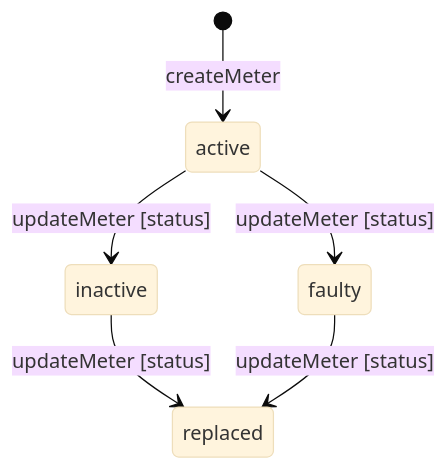
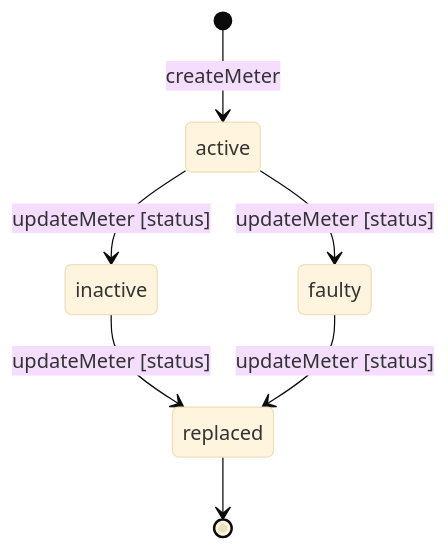
One commit to klong-dev/IntelliServOps changed the fifth of 21 diagrams in documents/state-machine-catalog.md. Above: the diagram before and after it, drawn with Mermaid (base theme). The commit also changed other lines of this file and 8 other files, not shown here.

````diff
--- a/documents/state-machine-catalog.md
+++ b/documents/state-machine-catalog.md
@@ -196,8 +202,9 @@
 ```mermaid
 stateDiagram-v2
     [*] --> active: createMeter
     active --> inactive: updateMeter [status]
     active --> faulty: updateMeter [status]
     inactive --> replaced: updateMeter [status]
     faulty --> replaced: updateMeter [status]
+    replaced --> [*]
 ```
````
